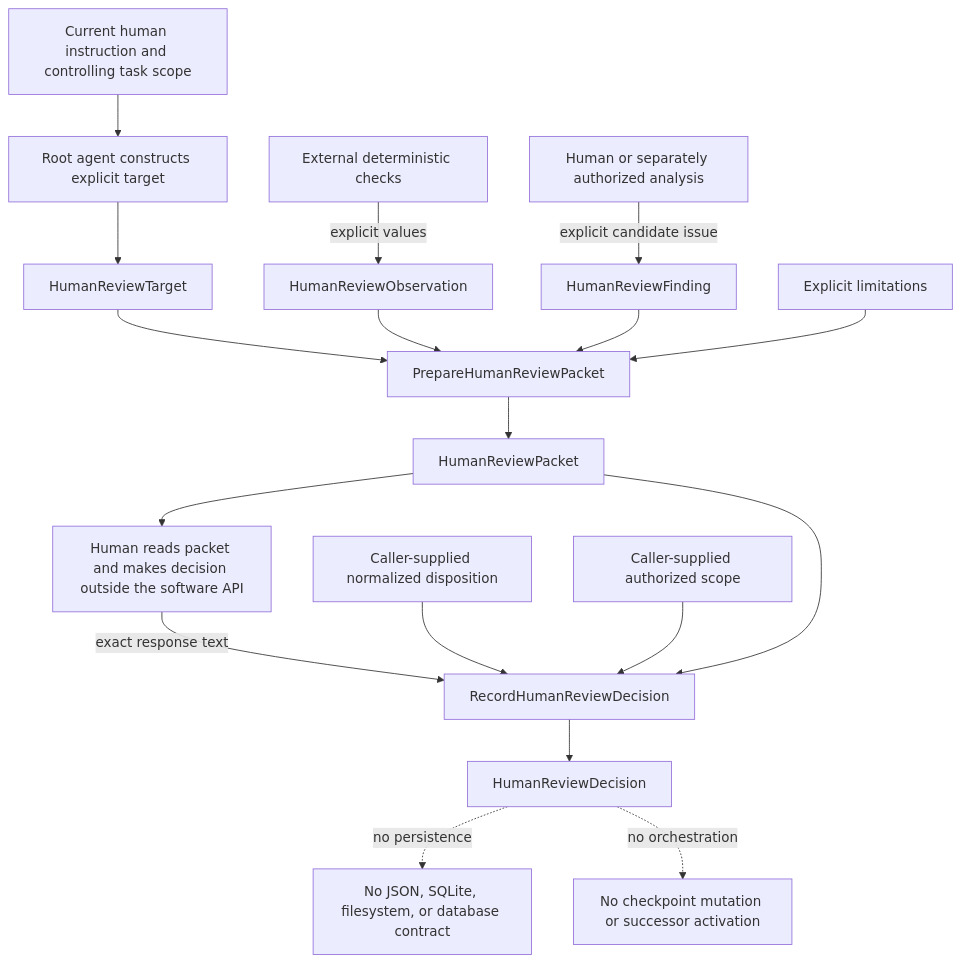
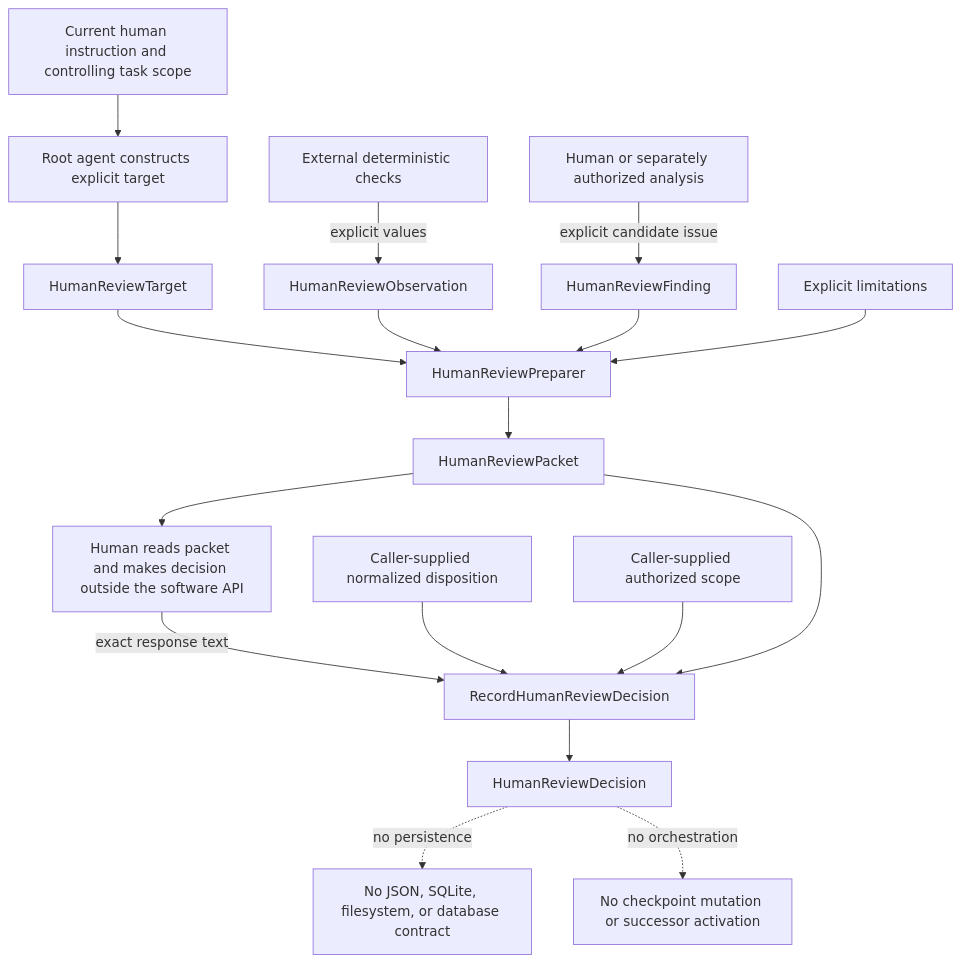
The first of 8 diagrams in docs/harness/ksdft2effmass.harness.003.001.002.md (eragasa/ksdft2effmass), drawn with Mermaid before and after one commit. The commit also changed other lines of this file and 14 other files, not shown here.

Commit message:
Rename human review packet preparer

````diff
--- a/docs/harness/ksdft2effmass.harness.003.001.002.md
+++ b/docs/harness/ksdft2effmass.harness.003.001.002.md
@@ -17,23 +17,23 @@
 ```mermaid
 flowchart TD
     Authority["Current human instruction and controlling task scope"] --> Caller["Root agent constructs explicit target"]
     Caller --> Target["HumanReviewTarget"]
     Checks["External deterministic checks"] -->|explicit values| Observation["HumanReviewObservation"]
     Analysis["Human or separately authorized analysis"] -->|explicit candidate issue| Finding["HumanReviewFinding"]
 
-    Target --> Prepare["PrepareHumanReviewPacket"]
+    Target --> Prepare["HumanReviewPreparer"]
     Observation --> Prepare
     Finding --> Prepare
     Limitations["Explicit limitations"] --> Prepare
     Prepare --> Packet["HumanReviewPacket"]
 
     Packet --> Human["Human reads packet and makes decision outside the software API"]
     Human -->|exact response text| Record["RecordHumanReviewDecision"]
     CallerDisposition["Caller-supplied normalized disposition"] --> Record
     CallerScope["Caller-supplied authorized scope"] --> Record
     Packet --> Record
     Record --> Decision["HumanReviewDecision"]
 
     Decision -. no persistence .-> NoDatabase["No JSON, SQLite, filesystem, or database contract"]
     Decision -. no orchestration .-> NoActivation["No checkpoint mutation or successor activation"]
 ```
````
